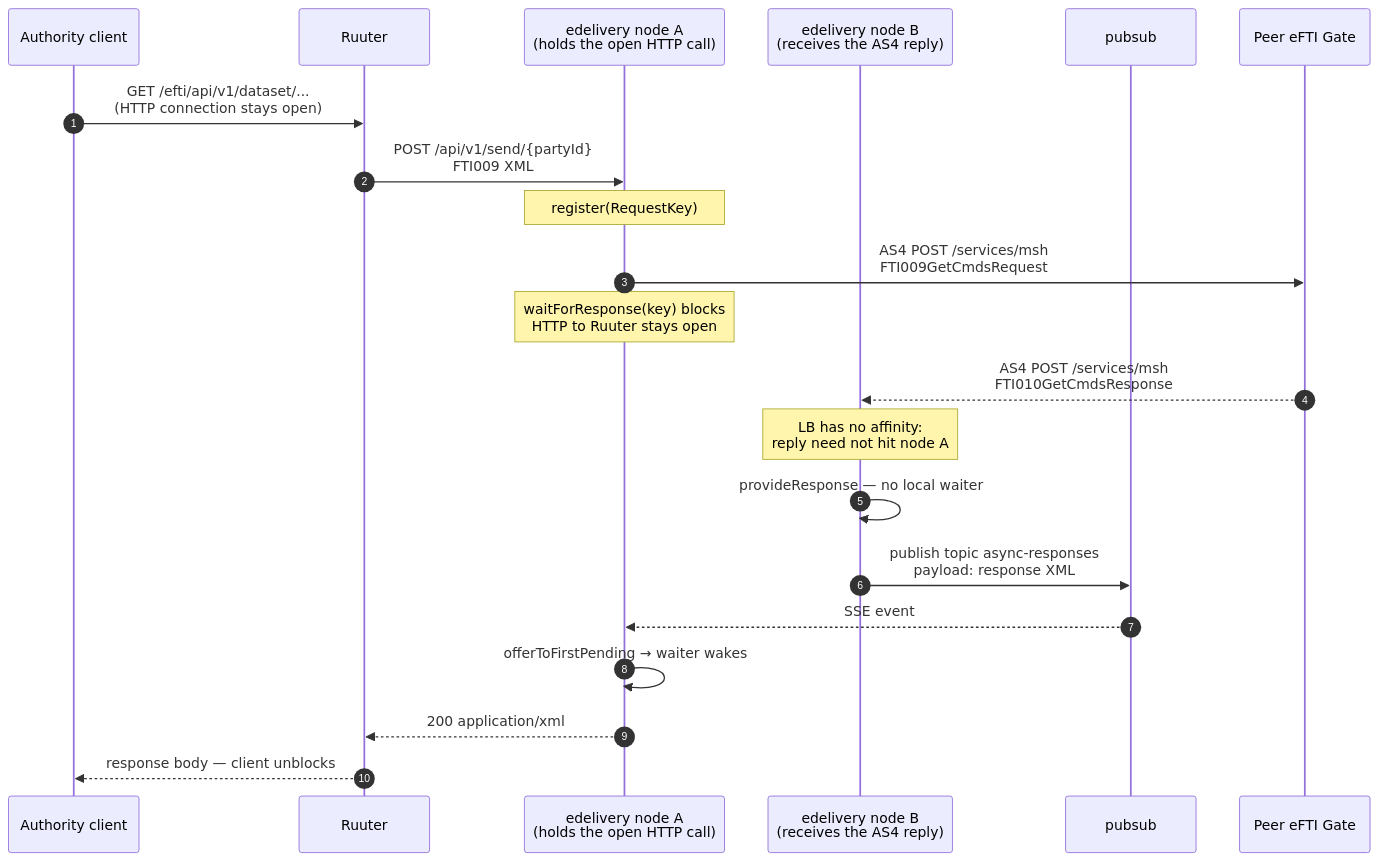
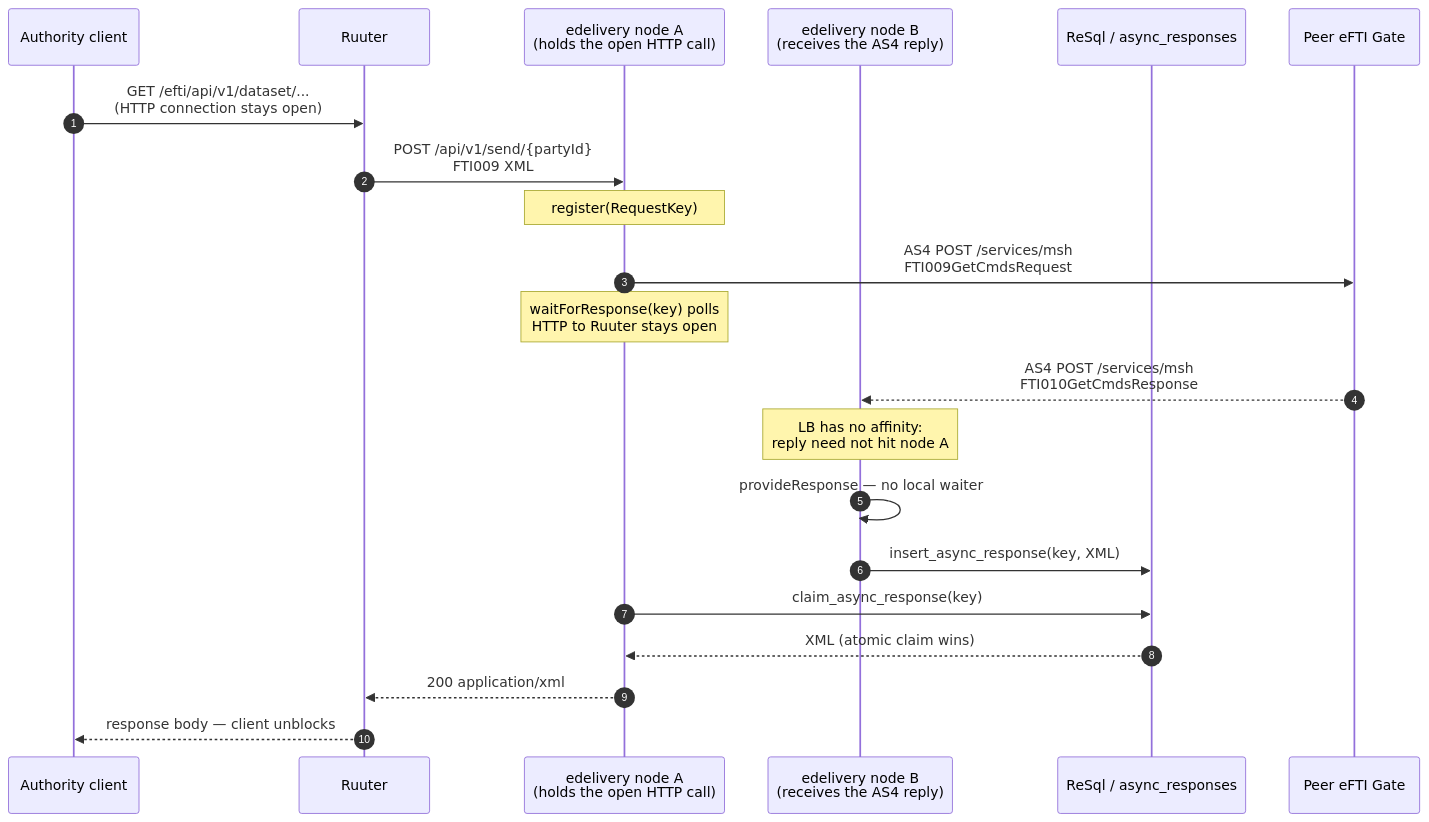
Before and after one commit to kemit-ee/efti-gate-ee: the diagram in docs/architecture/eDelivery-multi-node-support.md, drawn with Mermaid. The commit also changed other lines of this file and 48 other files, not shown here.

First line of the commit message:
replace pubsub SSE with async_responses atomic claim and remove pubsub

````diff
--- a/docs/architecture/eDelivery-multi-node-support.md
+++ b/docs/architecture/eDelivery-multi-node-support.md
@@ -37,24 +49,24 @@
 ```mermaid
 sequenceDiagram
     autonumber
     participant C as Authority client
     participant R as Ruuter
     participant EA as edelivery node A<br/>(holds the open HTTP call)
     participant EB as edelivery node B<br/>(receives the AS4 reply)
-    participant P as pubsub
+    participant DB as ReSql / async_responses
     participant PG as Peer eFTI Gate
 
     C->>R: GET /efti/api/v1/dataset/...<br/>(HTTP connection stays open)
     R->>EA: POST /api/v1/send/{partyId}<br/>FTI009 XML
     Note over EA: register(RequestKey)
     EA->>PG: AS4 POST /services/msh<br/>FTI009GetCmdsRequest
-    Note over EA: waitForResponse(key) blocks<br/>HTTP to Ruuter stays open
+    Note over EA: waitForResponse(key) polls<br/>HTTP to Ruuter stays open
     PG-->>EB: AS4 POST /services/msh<br/>FTI010GetCmdsResponse
     Note over EB: LB has no affinity:<br/>reply need not hit node A
     EB->>EB: provideResponse — no local waiter
-    EB->>P: publish topic async-responses<br/>payload: response XML
-    P-->>EA: SSE event
-    EA->>EA: offerToFirstPending → waiter wakes
+    EB->>DB: insert_async_response(key, XML)
+    EA->>DB: claim_async_response(key)
+    DB-->>EA: XML (atomic claim wins)
     EA-->>R: 200 application/xml
     R-->>C: response body — client unblocks
 ```
````
